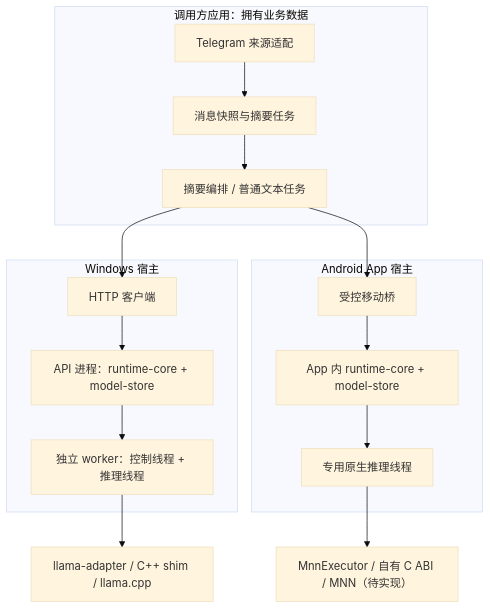
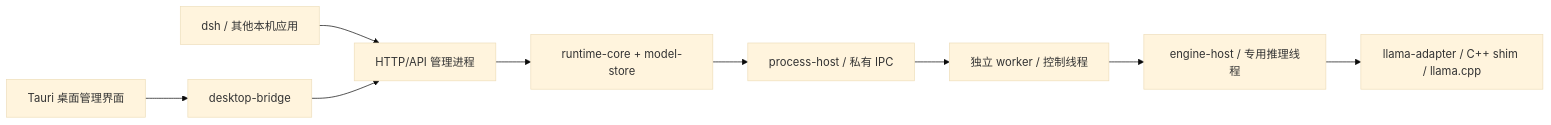
Before and after one commit to Naza3/Nexa: the diagram in docs/architecture.md, drawn with Mermaid (base theme). The commit also changed other lines of this file and 19 other files, not shown here.

````diff
--- a/docs/architecture.md
+++ b/docs/architecture.md
@@ -17,25 +15,10 @@
 ```mermaid
-flowchart TB
-  subgraph APP["调用方应用：拥有业务数据"]
-    S["Telegram 来源适配"]
-    H["消息快照与摘要任务"]
-    O["摘要编排 / 普通文本任务"]
-    S --> H --> O
-  end
-  subgraph PC["Windows 宿主"]
-    P["HTTP 客户端"]
-    A["API 进程：runtime-core + model-store"]
-    W["独立 worker：控制线程 + 推理线程"]
-    P --> A --> W
-  end
-  subgraph MOBILE["Android App 宿主"]
-    B["受控移动桥"]
-    C["App 内 runtime-core + model-store"]
-    I["专用原生推理线程"]
-    B --> C --> I
-  end
-  O --> P
-  O --> B
-  W --> L["llama-adapter / C++ shim / llama.cpp"]
-  I --> M["MnnExecutor / 自有 C ABI / MNN（待实现）"]
+flowchart LR
+  D["dsh / 其他本机应用"] --> A["HTTP/API 管理进程"]
+  U["Tauri 桌面管理界面"] --> B["desktop-bridge"] --> A
+  A --> C["runtime-core + model-store"]
+  C --> P["process-host / 私有 IPC"]
+  P --> W["独立 worker / 控制线程"]
+  W --> E["engine-host / 专用推理线程"]
+  E --> L["llama-adapter / C++ shim / llama.cpp"]
 ```
````
